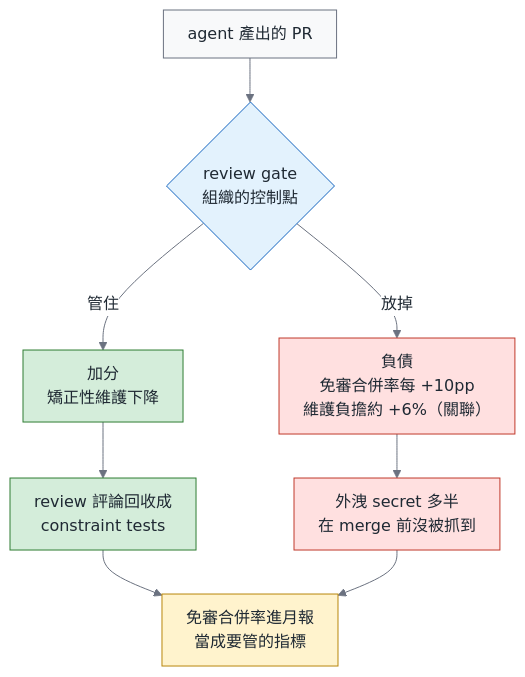
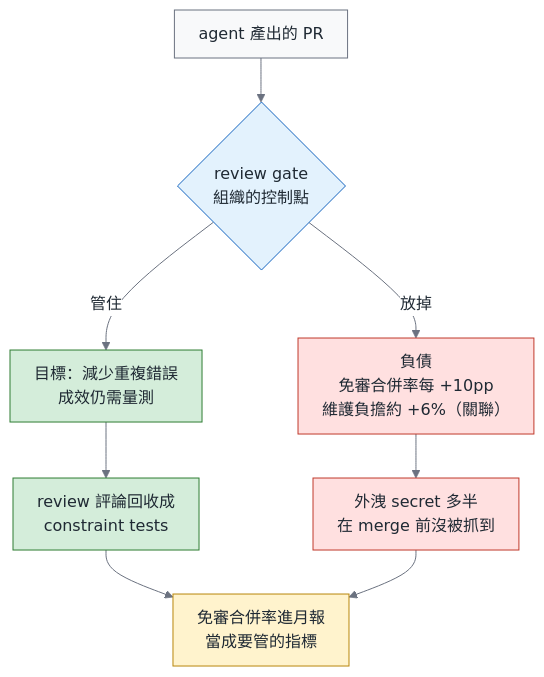
Before and after one commit to fantasybz/medium-articles: the fifth of 10 diagrams in 2026-10-green-overview/article.md, drawn with Mermaid. The commit also changed other lines of this file and 93 other files, not shown here.

````diff
--- a/2026-10-green-overview/article.md
+++ b/2026-10-green-overview/article.md
@@ -398,41 +398,41 @@
 ```mermaid
 ---
 config:
   theme: base
   themeVariables:
     fontSize: 16px
     primaryColor: "#f8f9fa"
     primaryTextColor: "#1f2933"
     primaryBorderColor: "#6b7280"
     lineColor: "#6b7280"
     secondaryColor: "#f8f9fa"
     tertiaryColor: "#ffffff"
     clusterBkg: "#ffffff"
     clusterBorder: "#9ca3af"
     edgeLabelBackground: "#ffffff"
   flowchart:
     nodeSpacing: 96
     rankSpacing: 44
     padding: 12
     htmlLabels: true
     subGraphTitleMargin:
       top: 8
       bottom: 12
     curve: basis
 ---
 flowchart TB
     classDef own fill:#d4edda,stroke:#2e7d32,color:#1f2933
     classDef buy fill:#fff3cd,stroke:#b8860b,color:#1f2933
     classDef bad fill:#ffe0e0,stroke:#c0392b,color:#1f2933
     classDef human fill:#e3f2fd,stroke:#1565c0,color:#1f2933
     A["agent 產出的 PR"] --> R{"review gate<br/>組織的控制點"}
-    R -->|管住| G1["加分<br/>矯正性維護下降"]
+    R -->|管住| G1["目標：減少重複錯誤<br/>成效仍需量測"]
     G1 --> G2["review 評論回收成<br/>constraint tests"]
     R -->|放掉| B1["負債<br/>免審合併率每 +10pp<br/>維護負擔約 +6%（關聯）"]
     B1 --> B2["外洩 secret 多半<br/>在 merge 前沒被抓到"]
     G2 & B2 --> M["免審合併率進月報<br/>當成要管的指標"]
     class R human
     class G1,G2 own
     class B1,B2 bad
     class M buy
 ```
````
